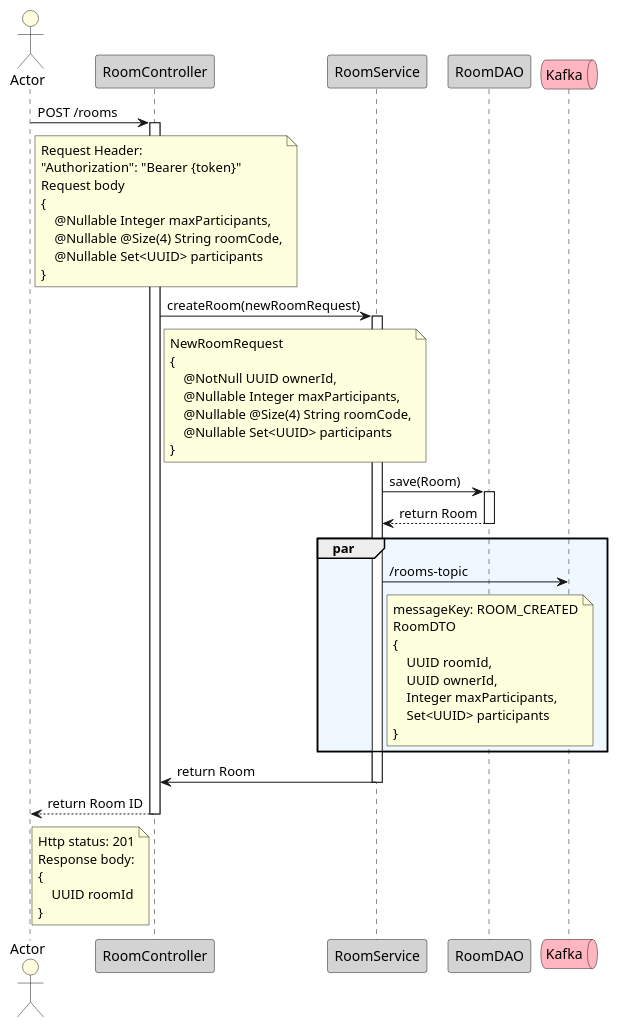
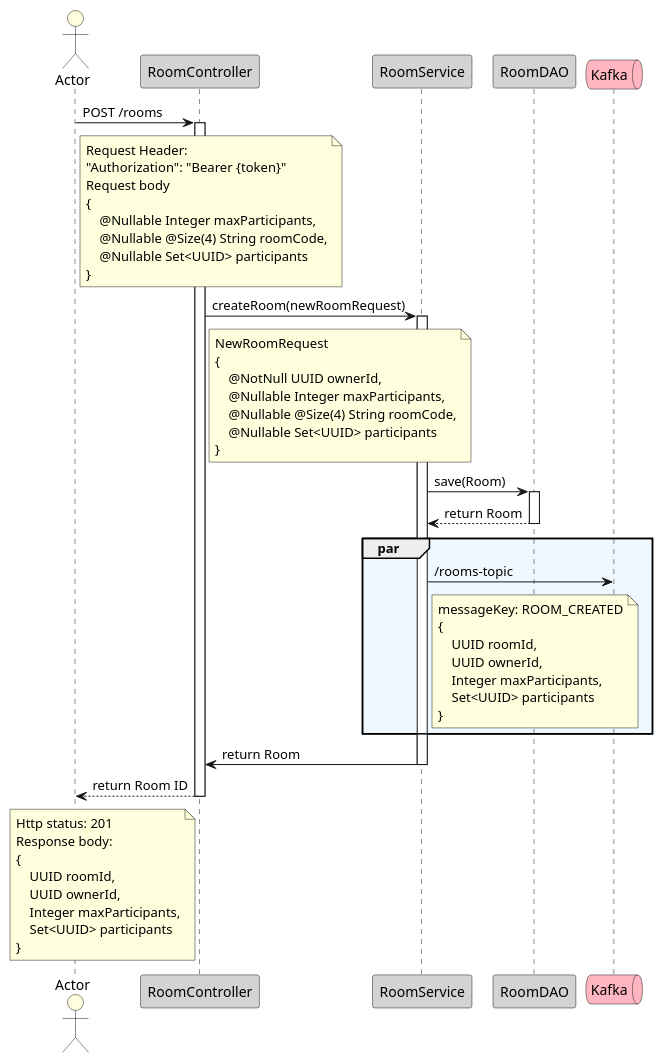
One commit to dalayLama/telegram-games-docs changed the diagram in sequences/common/room-manager/create-new-room.puml. Above: the diagram before and after it, drawn with PlantUML.

Commit message:
updated sequence of create-new-room.puml

```diff
--- a/sequences/common/room-manager/create-new-room.puml
+++ b/sequences/common/room-manager/create-new-room.puml
@@ -1,67 +1,69 @@
 @startuml
 
 actor "Actor" as a #LightYellow
 participant "RoomController" as controller #LightGray
 participant "RoomService" as roomService #LightGray
 participant "RoomDAO" as roomDao #LightGray
 queue Kafka as kafka #LightPink
 
 a -> controller: POST /rooms
 note right a
 Request Header:
 "Authorization": "Bearer {token}"
 Request body
 {
     @Nullable Integer maxParticipants,
     @Nullable @Size(4) String roomCode,
     @Nullable Set<UUID> participants
 }
 end note
 activate controller
 
 controller -> roomService: createRoom(newRoomRequest)
 note right controller
 NewRoomRequest
 {
     @NotNull UUID ownerId,
     @Nullable Integer maxParticipants,
     @Nullable @Size(4) String roomCode,
     @Nullable Set<UUID> participants
 }
 end note
 activate roomService
 
 roomService -> roomDao: save(Room)
 activate roomDao
 
 roomDao --> roomService: return Room
 deactivate roomDao
 
 par #AliceBlue
     roomService -> kafka: /rooms-topic
     note right roomService
         messageKey: ROOM_CREATED
-        RoomDTO
         {
             UUID roomId,
             UUID ownerId,
             Integer maxParticipants,
             Set<UUID> participants
         }
     end note
 end
 
 roomService -> controller: return Room
 deactivate roomService
 
 controller --> a: return Room ID
 note left controller
 Http status: 201
 Response body:
 {
-    UUID roomId
+    UUID roomId,
+    UUID ownerId,
+    Integer maxParticipants,
+    Set<UUID> participants
 }
 end note
 deactivate controller
 
 @enduml
```
